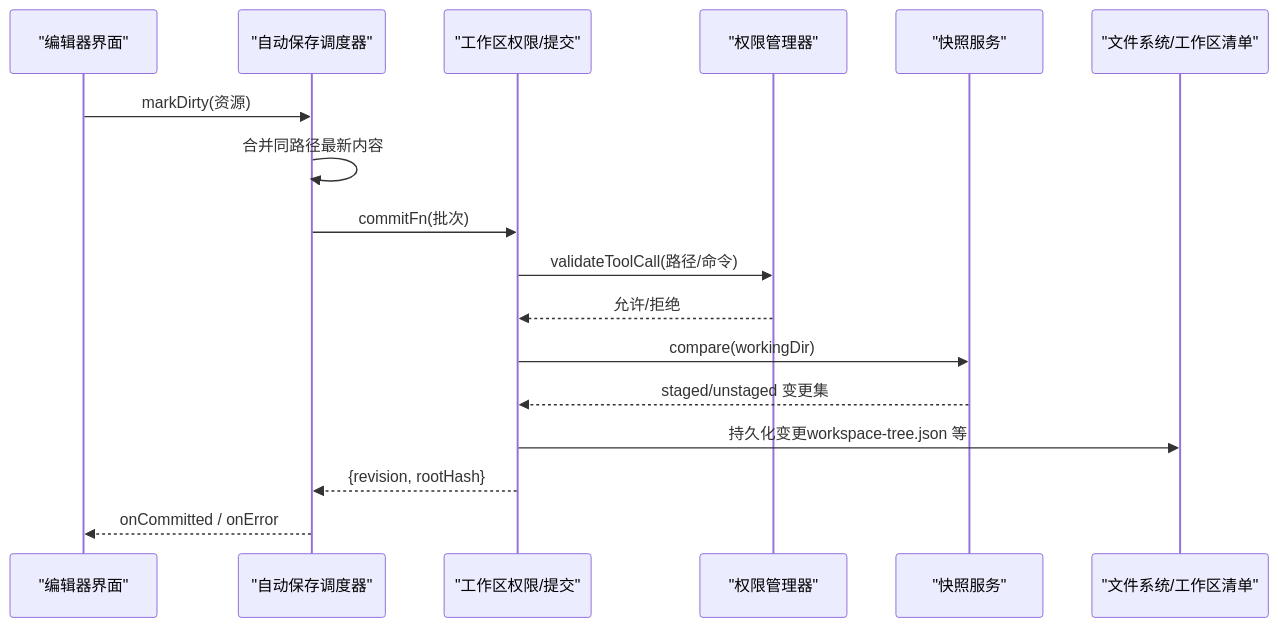
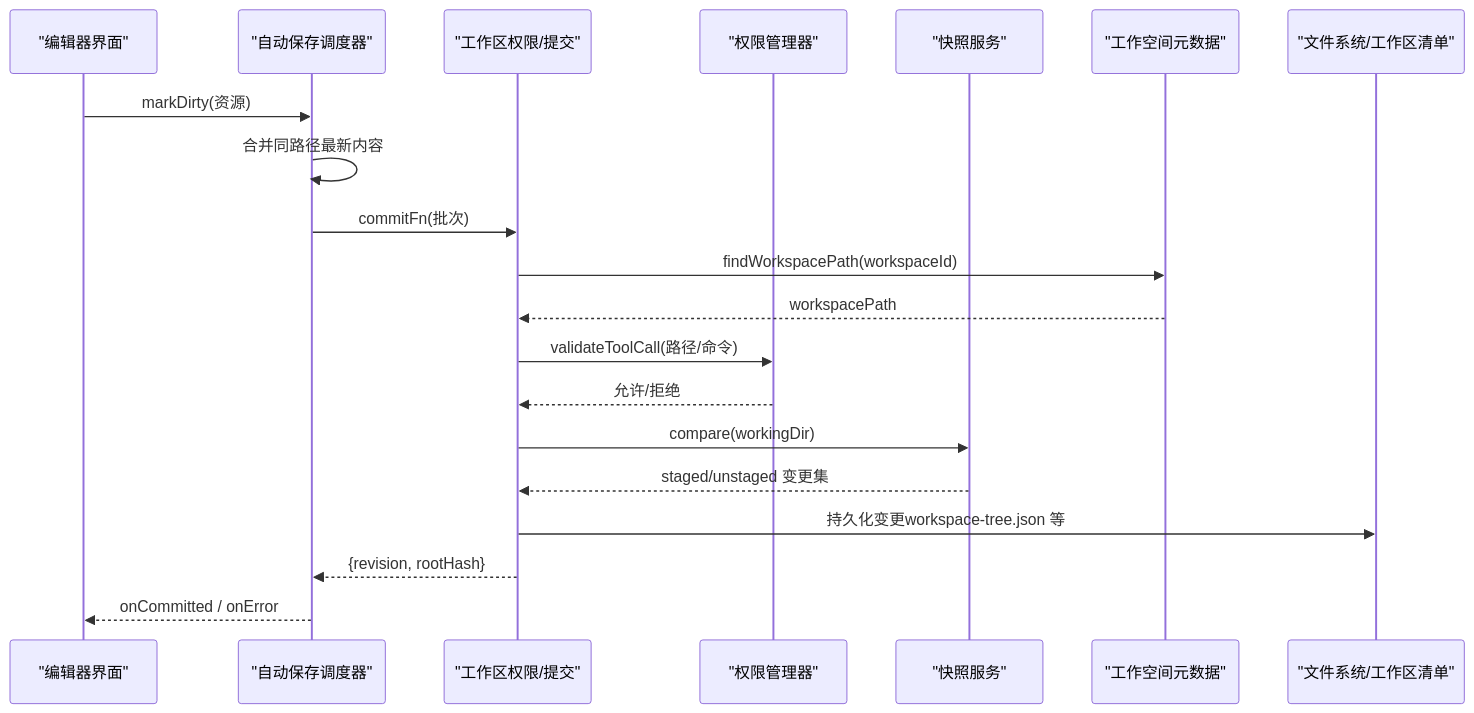
Before and after one commit to qihaogithub/workbench: the second of 12 diagrams in .qoder/repowiki/zh/content/核心服务/项目管理核心/文件系统抽象层.md, drawn with Mermaid. The commit also changed other lines of this file and 476 other files, not shown here.

````diff
--- a/.qoder/repowiki/zh/content/核心服务/项目管理核心/文件系统抽象层.md
+++ b/.qoder/repowiki/zh/content/核心服务/项目管理核心/文件系统抽象层.md
@@ -117,19 +120,22 @@
 ```mermaid
 sequenceDiagram
 participant UI as "编辑器界面"
 participant Scheduler as "自动保存调度器"
 participant Authority as "工作区权限/提交"
 participant Perm as "权限管理器"
 participant Snap as "快照服务"
+participant WSMeta as "工作空间元数据"
 participant FS as "文件系统/工作区清单"
 UI->>Scheduler : markDirty(资源)
 Scheduler->>Scheduler : 合并同路径最新内容
 Scheduler->>Authority : commitFn(批次)
+Authority->>WSMeta : findWorkspacePath(workspaceId)
+WSMeta-->>Authority : workspacePath
 Authority->>Perm : validateToolCall(路径/命令)
 Perm-->>Authority : 允许/拒绝
 Authority->>Snap : compare(workingDir)
 Snap-->>Authority : staged/unstaged 变更集
 Authority->>FS : 持久化变更workspace-tree.json 等
 Authority-->>Scheduler : {revision, rootHash}
 Scheduler-->>UI : onCommitted / onError
 ```
````
